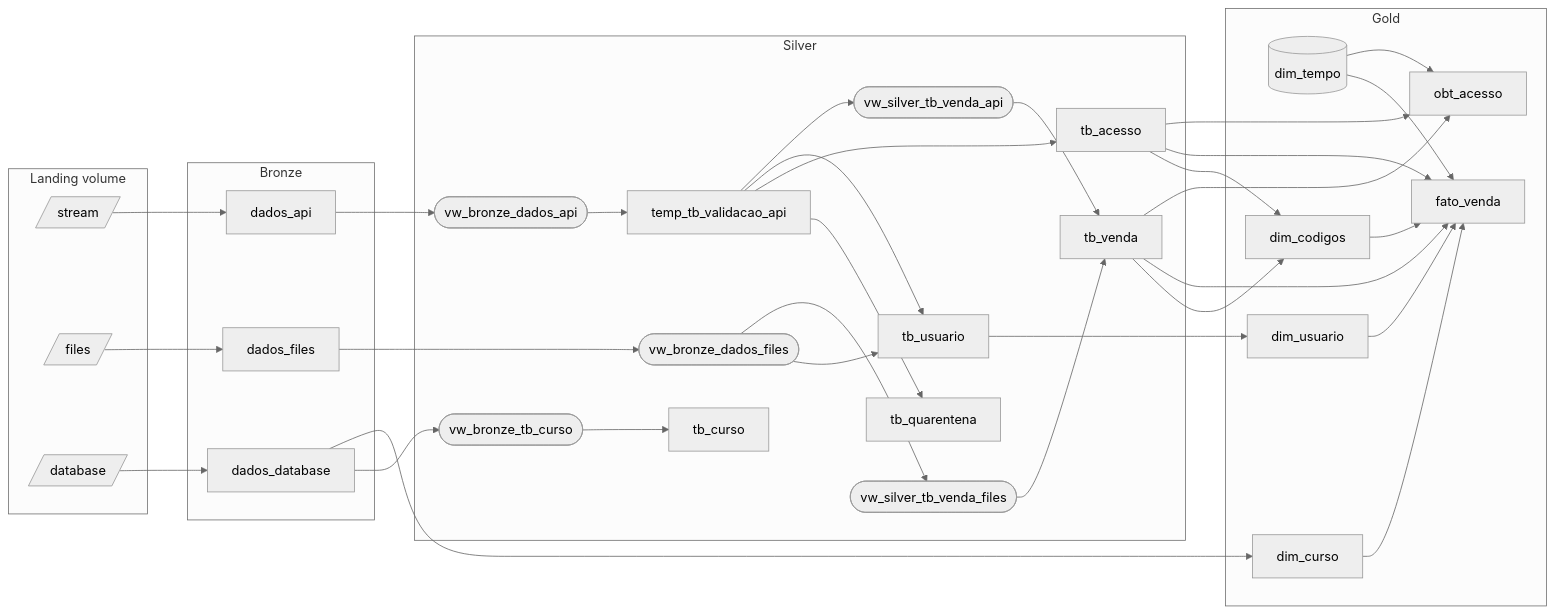
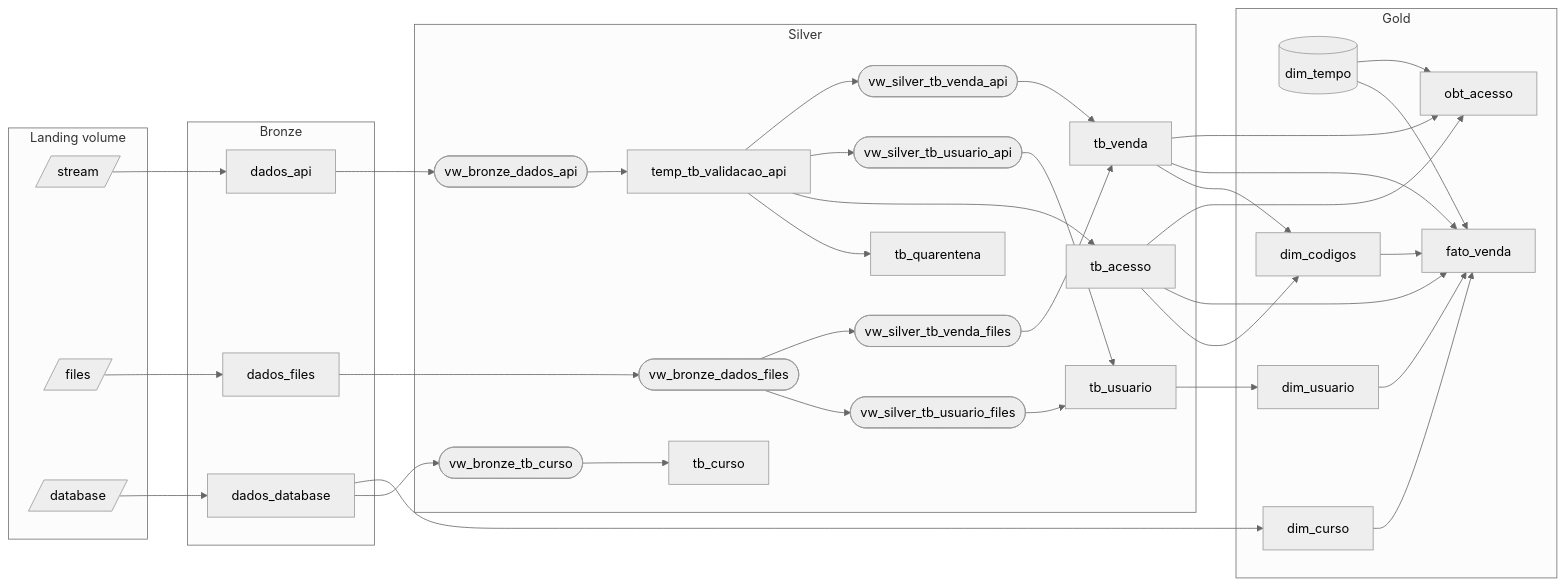
Before and after one commit to ajluz/lakeflow_claude_code-dbks-iatool: the diagram in doc/architecture.md, drawn with Mermaid (neutral theme). The commit also changed other lines of this file and 12 other files, not shown here.

````diff
--- a/doc/architecture.md
+++ b/doc/architecture.md
@@ -35,66 +35,68 @@
 ```mermaid
 flowchart LR
     subgraph landing[Landing volume]
         L1[/stream/]
         L2[/files/]
         L3[/database/]
     end
 
     subgraph bronze[Bronze]
         B1[dados_api]
         B2[dados_files]
         B3[dados_database]
     end
 
     subgraph silver[Silver]
         V1([vw_bronze_dados_api])
         V2([vw_bronze_dados_files])
+        V6([vw_silver_tb_usuario_api])
+        V7([vw_silver_tb_usuario_files])
         T1[temp_tb_validacao_api]
         S1[tb_quarentena]
         S2[tb_acesso]
         S3[tb_usuario]
         V3([vw_silver_tb_venda_api])
         V4([vw_silver_tb_venda_files])
         S4[tb_venda]
         V5([vw_bronze_tb_curso])
         S5[tb_curso]
     end
 
     subgraph gold[Gold]
         G0[(dim_tempo)]
         G1[dim_usuario]
         G2[dim_curso]
         G3[dim_codigos]
         G4[fato_venda]
         G5[obt_acesso]
     end
 
     L1 --> B1 --> V1 --> T1
     L2 --> B2 --> V2
     L3 --> B3 --> V5 --> S5
 
     T1 --> S1
     T1 --> S2
-    T1 --> S3
+    T1 --> V6 --> S3
     T1 --> V3
-    V2 --> S3
+    V2 --> V7 --> S3
     V2 --> V4
     V3 --> S4
     V4 --> S4
 
     S3 --> G1
     B3 --> G2
     S4 --> G3
     S2 --> G3
 
     S4 --> G4
     S2 --> G4
     G0 --> G4
     G1 --> G4
     G2 --> G4
     G3 --> G4
 
     S2 --> G5
     S4 --> G5
     G0 --> G5
 ```
````
